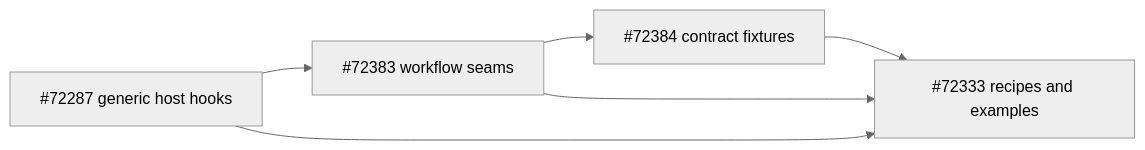
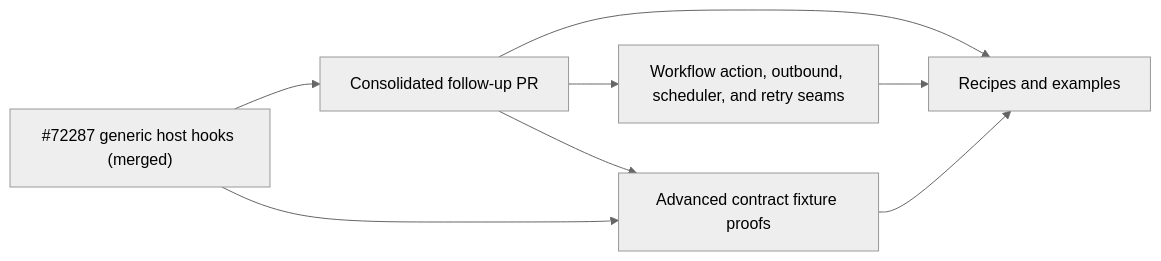
Before and after one commit to openclaw/openclaw: the first of 23 diagrams in docs/plugins/host-hooks-examples.md, drawn with Mermaid (neutral theme). The commit also changed other lines of this file and 1 other file, not shown here.

Commit message:
docs(plugin-sdk): publish consolidated host hook recipes

````diff
--- a/docs/plugins/host-hooks-examples.md
+++ b/docs/plugins/host-hooks-examples.md
@@ -32,8 +32,10 @@
 ```mermaid
 flowchart LR
-  A["#72287 generic host hooks"] --> B["#72383 workflow seams"]
-  B --> C["#72384 contract fixtures"]
-  C --> D["#72333 recipes and examples"]
+  A["#72287 generic host hooks (merged)"] --> B["Consolidated follow-up PR"]
+  B --> C["Workflow action, outbound, scheduler, and retry seams"]
+  B --> D["Advanced contract fixture proofs"]
+  B --> E["Recipes and examples"]
   A --> D
-  B --> D
+  C --> E
+  D --> E
 ```
````
